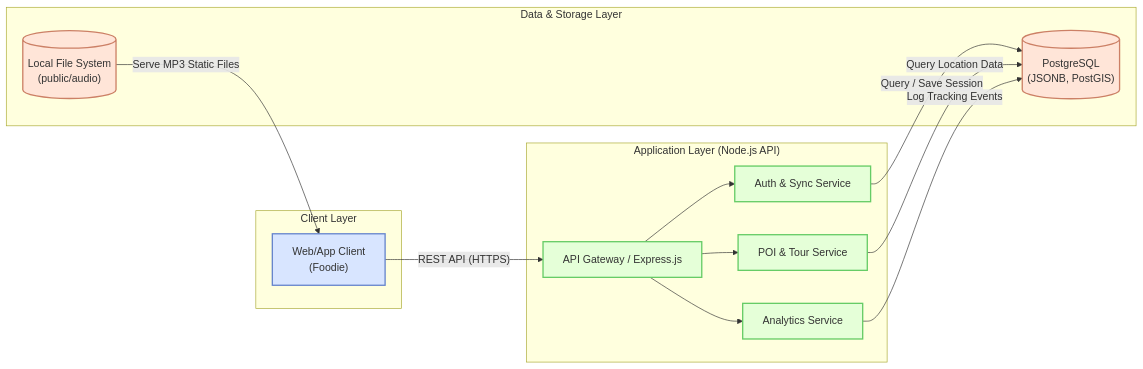
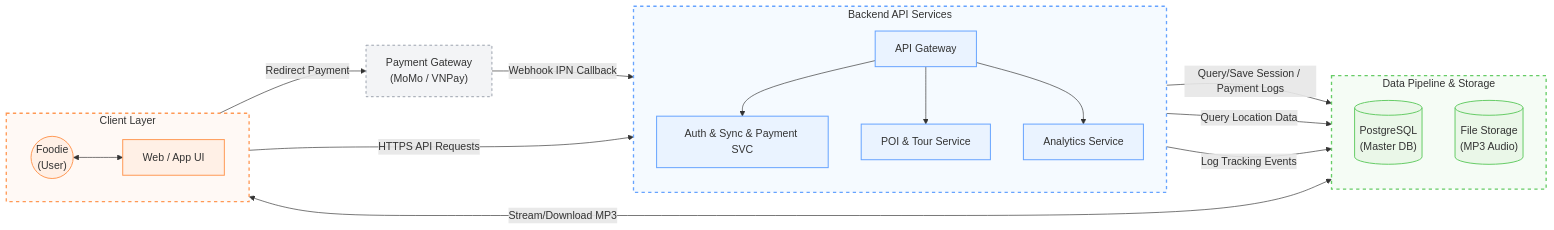
One commit to ngsouthbrother04/PhoAmThuc changed the first of 3 diagrams in docs/diagram-system-architecture-flow.md. Above: the diagram before and after it, drawn with Mermaid. The commit also changed other lines of this file and 3 other files, not shown here.

Commit message:
adjust diagrams

````diff
--- a/docs/diagram-system-architecture-flow.md
+++ b/docs/diagram-system-architecture-flow.md
@@ -7,38 +7,53 @@
 ```mermaid
 flowchart LR
-    subgraph "Client Layer"
-        U["Web/App Client <br>(Foodie)"]
+    %% Subgraphs representing the boxes in the image
+    subgraph Client ["Client Layer"]
+        direction LR
+        U(("Foodie<br>(User)")) <--> W["Web / App UI"]
     end
 
-    subgraph "Application Layer (Node.js API)"
-        API["API Gateway / Express.js"]
-        
-        AuthSVC["Auth & Sync Service"]
+    subgraph Backend ["Backend API Services"]
+        direction TB
+        API["API Gateway"]
+        AuthSVC["Auth & Sync & Payment SVC"]
         POISVC["POI & Tour Service"]
         AnaSVC["Analytics Service"]
         
         API --> AuthSVC
         API --> POISVC
         API --> AnaSVC
     end
 
-    subgraph "Data & Storage Layer"
-        DB[("PostgreSQL <br>(JSONB, PostGIS)")]
-        FS[("Local File System <br>(public/audio)")]
+    subgraph DB ["Data Pipeline & Storage"]
+        direction TB
+        PG[("PostgreSQL<br>(Master DB)")]
+        FS[("File Storage<br>(MP3 Audio)")]
     end
+    
+    PaymentGateway["Payment Gateway<br>(MoMo / VNPay)"]
 
-    U -- "REST API (HTTPS)" --> API
+    W -- "HTTPS API Requests" --> API
+    W -- "Redirect Payment" --> PaymentGateway
+    PaymentGateway -- "Webhook IPN Callback" --> API
+
+    AuthSVC -- "Query/Save Session / Payment Logs" --> PG
+    POISVC -- "Query Location Data" --> PG
+    AnaSVC -- "Log Tracking Events" --> PG
     
-    AuthSVC -- "Query / Save Session" --> DB
-    POISVC -- "Query Location Data" --> DB
-    AnaSVC -- "Log Tracking Events" --> DB
+    W <-- "Stream/Download MP3" --> FS
+
+    %% CSS matches Orange (Client), Blue (Backend), Green (DB)
+    classDef client fill:#FFF0E6,stroke:#FF9955,stroke-width:1.5px,color:#333;
+    classDef backend fill:#EAF3FF,stroke:#66A3FF,stroke-width:1.5px,color:#333;
+    classDef database fill:#EAF7E8,stroke:#66CC66,stroke-width:1.5px,color:#333;
+    classDef external fill:#F3F4F6,stroke:#9CA3AF,stroke-width:1.5px,color:#333,stroke-dasharray: 4 4;
+
+    class U,W client;
+    class API,AuthSVC,POISVC,AnaSVC backend;
+    class PG,FS database;
+    class PaymentGateway external;
     
-    FS -- "Serve MP3 Static Files" --> U
-    
-    classDef client fill:#d8e5ff,stroke:#6685cc,stroke-width:2px
-    classDef app fill:#e5ffd8,stroke:#66cc66,stroke-width:2px
-    classDef db fill:#ffe5d8,stroke:#cc8066,stroke-width:2px
-    class U client
-    class API,AuthSVC,POISVC,AnaSVC app
-    class DB,FS db
+    style Client fill:#FFF9F5,stroke:#FF9955,stroke-width:2px,color:#333,stroke-dasharray: 5 5
+    style Backend fill:#F5FAFF,stroke:#66A3FF,stroke-width:2px,color:#333,stroke-dasharray: 5 5
+    style DB fill:#F5FCF5,stroke:#66CC66,stroke-width:2px,color:#333,stroke-dasharray: 5 5
 ```
````
